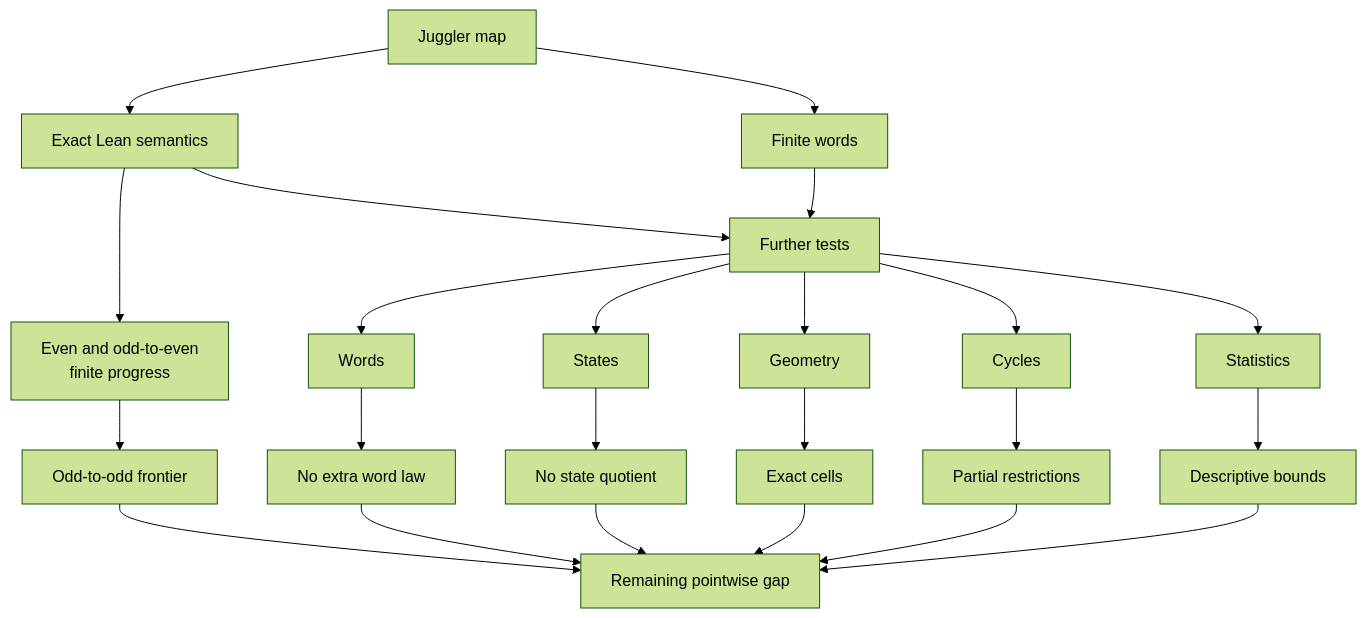
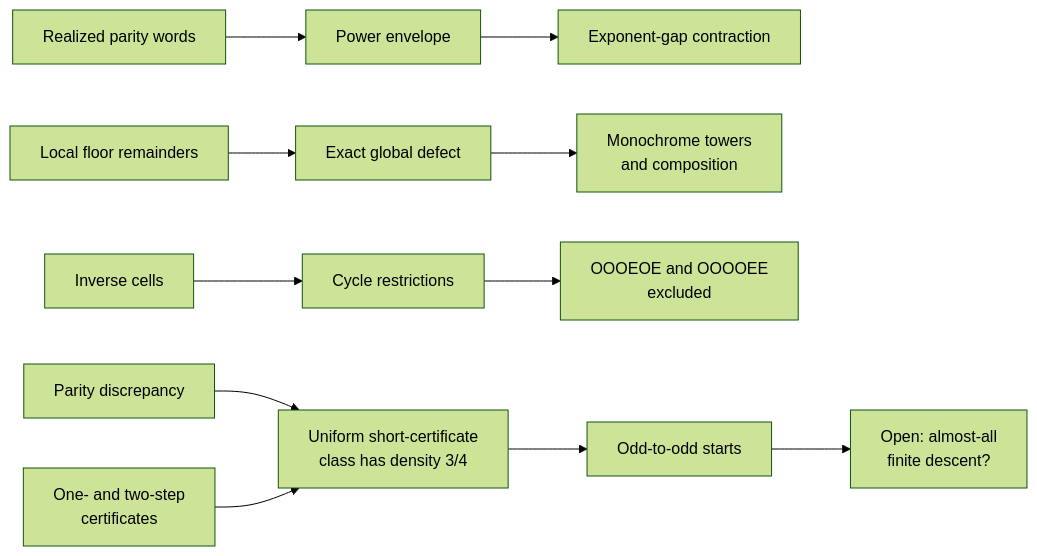
Before and after one commit to sneakyweasel/balanced_ternary: the diagram in juggler_review/figures/juggler_frontier.mmd, drawn with Mermaid (forest theme). The commit also changed 24 other files, not shown here.

First line of the commit message:
Sol - Revise Juggler finite dynamics note for publication readiness

```diff
--- a/juggler_review/figures/juggler_frontier.mmd
+++ b/juggler_review/figures/juggler_frontier.mmd
@@ -1,41 +1,7 @@
-flowchart TD
-    Juggler["Juggler map"]
-    Lean["Exact Lean semantics"]
-    Atlas["Finite words"]
-    Covered["Even and odd-to-even<br/>finite progress"]
-    Frontier["Odd-to-odd frontier"]
-    Tests["Further tests"]
-    Words["Words"]
-    States["States"]
-    Geometry["Geometry"]
-    Cycles["Cycles"]
-    Statistics["Statistics"]
-    ClosedA["No extra word law"]
-    ClosedB["No state quotient"]
-    ClosedC["Exact cells"]
-    Partial["Partial restrictions"]
-    Descriptive["Descriptive bounds"]
-    Gap["Remaining pointwise gap"]
-
-    Juggler --> Lean
-    Juggler --> Atlas
-    Lean --> Covered
-    Covered --> Frontier
-    Lean --> Tests
-    Atlas --> Tests
-    Tests --> Words
-    Tests --> States
-    Tests --> Geometry
-    Tests --> Cycles
-    Tests --> Statistics
-    Words --> ClosedA
-    States --> ClosedB
-    Geometry --> ClosedC
-    Cycles --> Partial
-    Statistics --> Descriptive
-    ClosedA --> Gap
-    ClosedB --> Gap
-    ClosedC --> Gap
-    Partial --> Gap
-    Descriptive --> Gap
-    Frontier --> Gap
+flowchart LR
+    Words["Realized parity words"] --> Envelope["Power envelope"] --> Contract["Exponent-gap contraction"]
+    Remainders["Local floor remainders"] --> Defect["Exact global defect"] --> Towers["Monochrome towers<br/>and composition"]
+    Cells["Inverse cells"] --> Cycles["Cycle restrictions"] --> Excluded["OOOEOE and OOOOEE<br/>excluded"]
+    Discrepancy["Parity discrepancy"] --> Density["Uniform short-certificate<br/>class has density 3/4"]
+    Certificates["One- and two-step<br/>certificates"] --> Density
+    Density --> OO["Odd-to-odd starts"] --> Open["Open: almost-all<br/>finite descent?"]
```
